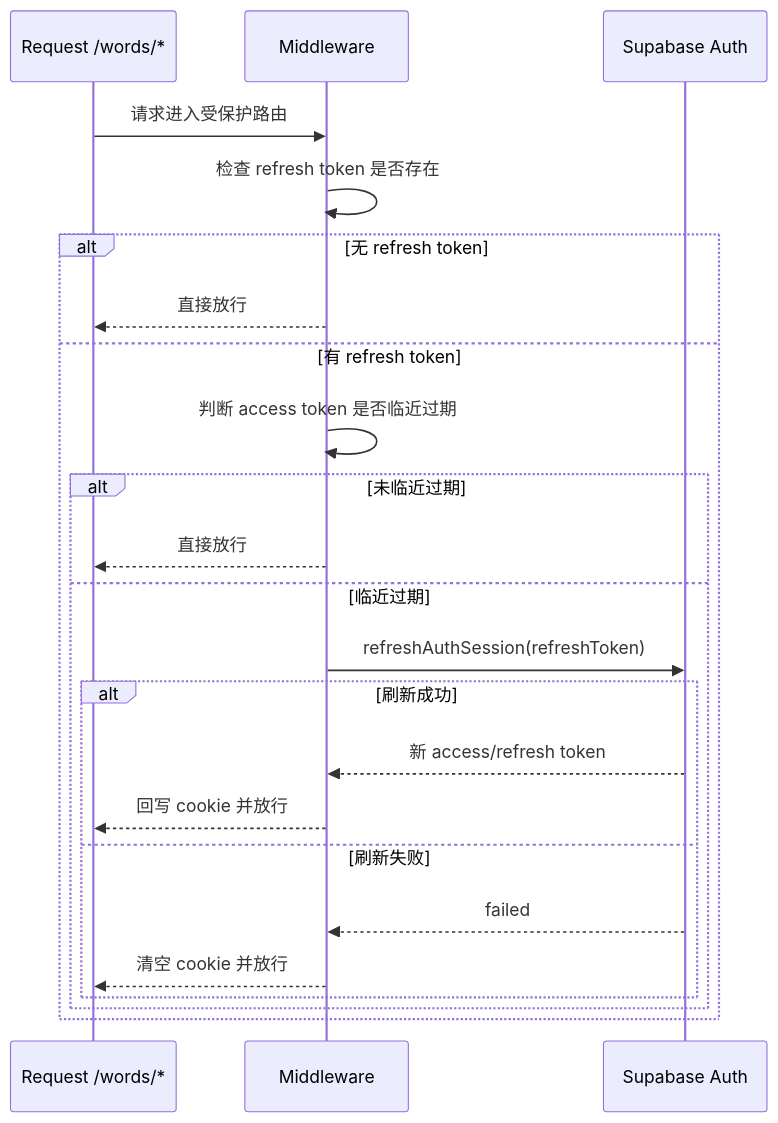
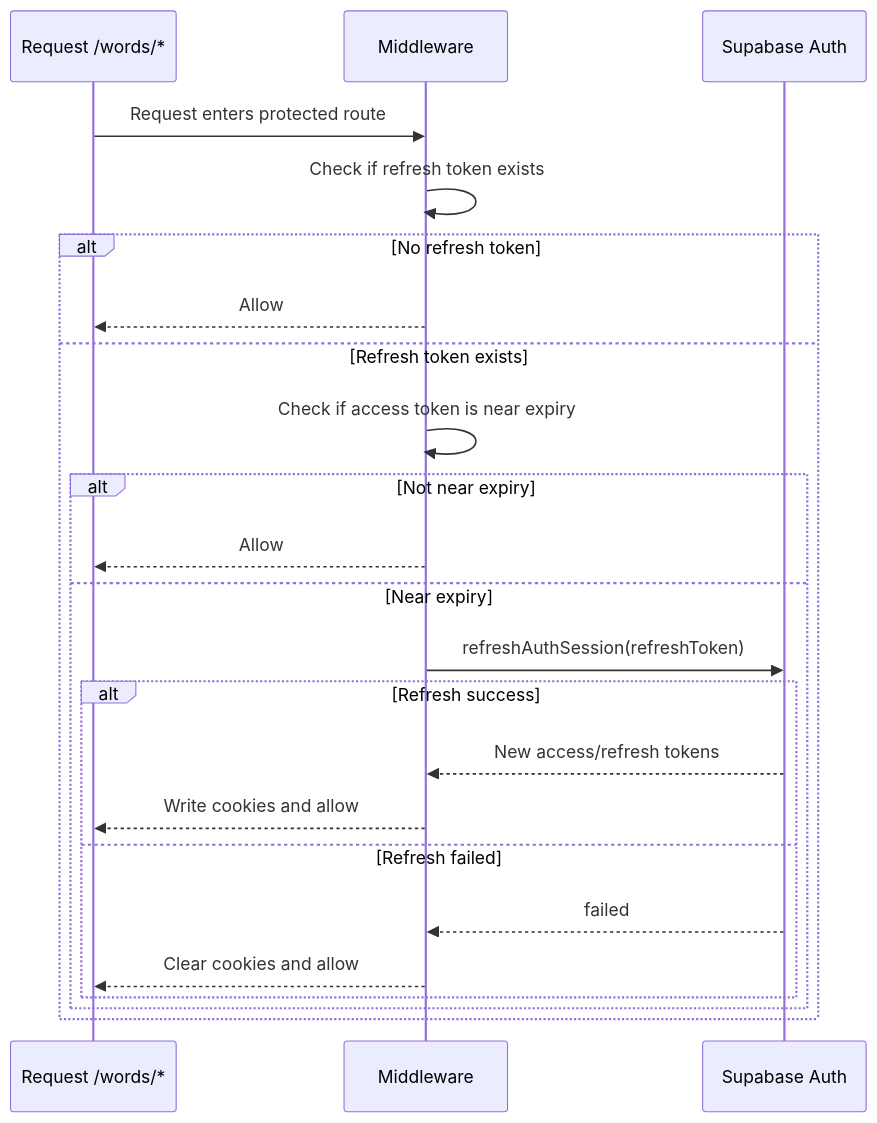
The second of 4 diagrams in docs/clawbot/supabase auth 指南.md (parkgogogo/blogs-md), drawn with Mermaid before and after one commit. The commit also changed other lines of this file and 1 other file, not shown here.

Commit message:
docs: switch remaining mermaid labels to English (renderer workaround)

````diff
--- a/docs/clawbot/supabase auth 指南.md
+++ b/docs/clawbot/supabase auth 指南.md
@@ -150,26 +150,26 @@
 ```mermaid
 sequenceDiagram
   participant R as Request /words/*
   participant M as Middleware
   participant S as Supabase Auth
 
-  R->>M: 请求进入受保护路由
-  M->>M: 检查 refresh token 是否存在
-  alt 无 refresh token
-    M-->>R: 直接放行
-  else 有 refresh token
-    M->>M: 判断 access token 是否临近过期
-    alt 未临近过期
-      M-->>R: 直接放行
-    else 临近过期
+  R->>M: Request enters protected route
+  M->>M: Check if refresh token exists
+  alt No refresh token
+    M-->>R: Allow
+  else Refresh token exists
+    M->>M: Check if access token is near expiry
+    alt Not near expiry
+      M-->>R: Allow
+    else Near expiry
       M->>S: refreshAuthSession(refreshToken)
-      alt 刷新成功
-        S-->>M: 新 access/refresh token
-        M-->>R: 回写 cookie 并放行
-      else 刷新失败
+      alt Refresh success
+        S-->>M: New access/refresh tokens
+        M-->>R: Write cookies and allow
+      else Refresh failed
         S-->>M: failed
-        M-->>R: 清空 cookie 并放行
+        M-->>R: Clear cookies and allow
       end
     end
   end
 ```
````
